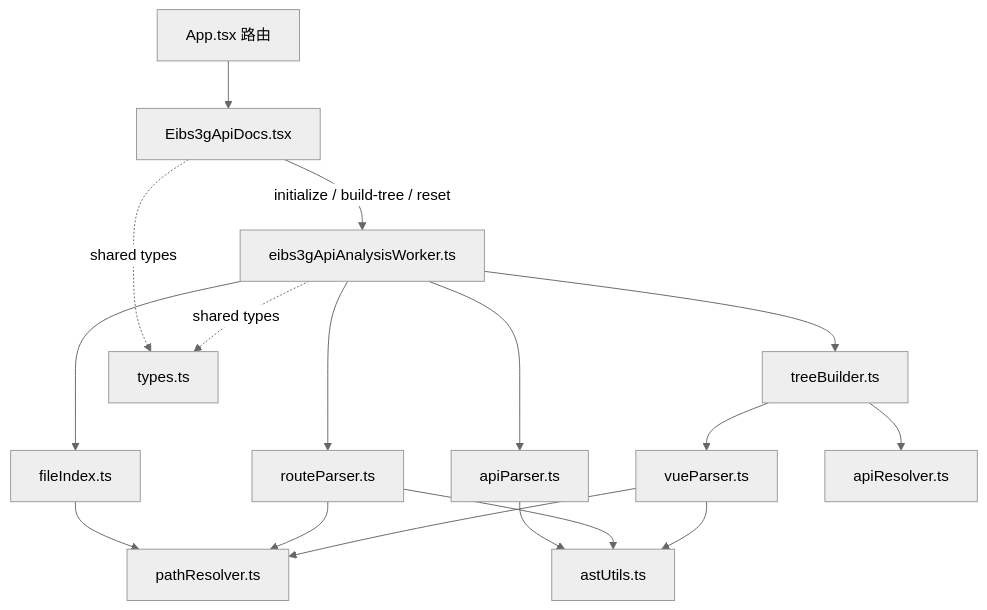
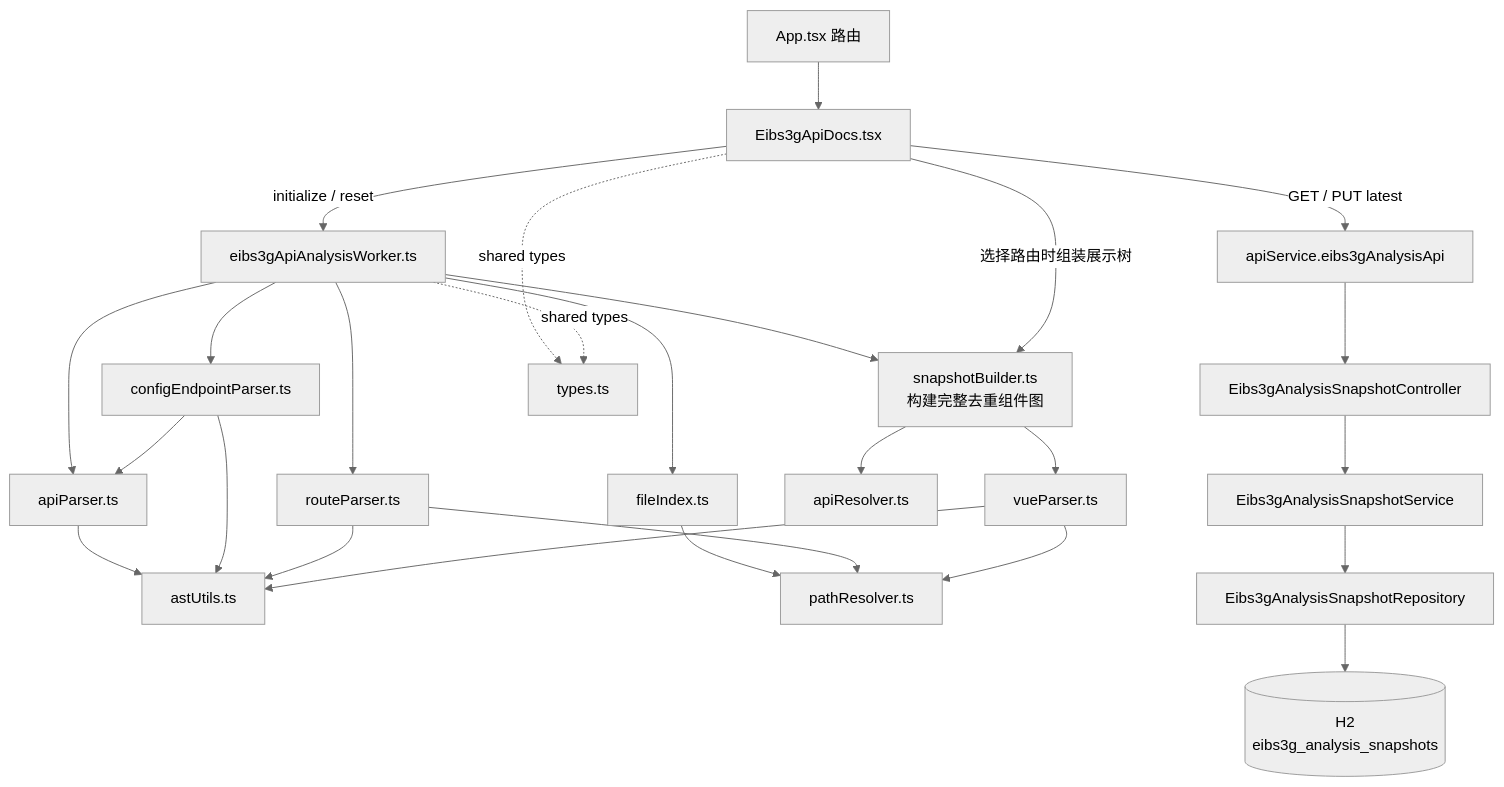
The third of 3 diagrams in .trae/masiyaDoc/eibs3gApiDesign.md (15513546321/tool-manager), drawn with Mermaid (neutral theme) before and after one commit. The commit also changed other lines of this file and 17 other files, not shown here.

````diff
--- a/.trae/masiyaDoc/eibs3gApiDesign.md
+++ b/.trae/masiyaDoc/eibs3gApiDesign.md
@@ -863,19 +986,28 @@
 ```mermaid
 flowchart TD
     APP[App.tsx 路由] --> PAGE[Eibs3gApiDocs.tsx]
-    PAGE -->|initialize / build-tree / reset| WORKER[eibs3gApiAnalysisWorker.ts]
+    PAGE -->|initialize / reset| WORKER[eibs3gApiAnalysisWorker.ts]
     WORKER --> INDEX[fileIndex.ts]
+    WORKER --> CONFIG[configEndpointParser.ts]
     WORKER --> API[apiParser.ts]
     WORKER --> ROUTE[routeParser.ts]
-    WORKER --> TREE[treeBuilder.ts]
-    TREE --> VUE[vueParser.ts]
-    TREE --> RESOLVE[apiResolver.ts]
+    WORKER --> SNAPSHOT[snapshotBuilder.ts<br/>构建完整去重组件图]
+    SNAPSHOT --> VUE[vueParser.ts]
+    SNAPSHOT --> RESOLVE[apiResolver.ts]
+    CONFIG --> API
+    PAGE -->|选择路由时组装展示树| SNAPSHOT
     API --> AST[astUtils.ts]
+    CONFIG --> AST
     ROUTE --> AST
     VUE --> AST
     INDEX --> PATH[pathResolver.ts]
     ROUTE --> PATH
     VUE --> PATH
+    PAGE -->|GET / PUT latest| FRONTAPI[apiService.eibs3gAnalysisApi]
+    FRONTAPI --> CTRL[Eibs3gAnalysisSnapshotController]
+    CTRL --> SERVICE[Eibs3gAnalysisSnapshotService]
+    SERVICE --> REPO[Eibs3gAnalysisSnapshotRepository]
+    REPO --> H2[(H2<br/>eibs3g_analysis_snapshots)]
     PAGE -. shared types .-> TYPES[types.ts]
     WORKER -. shared types .-> TYPES
 ```
````
